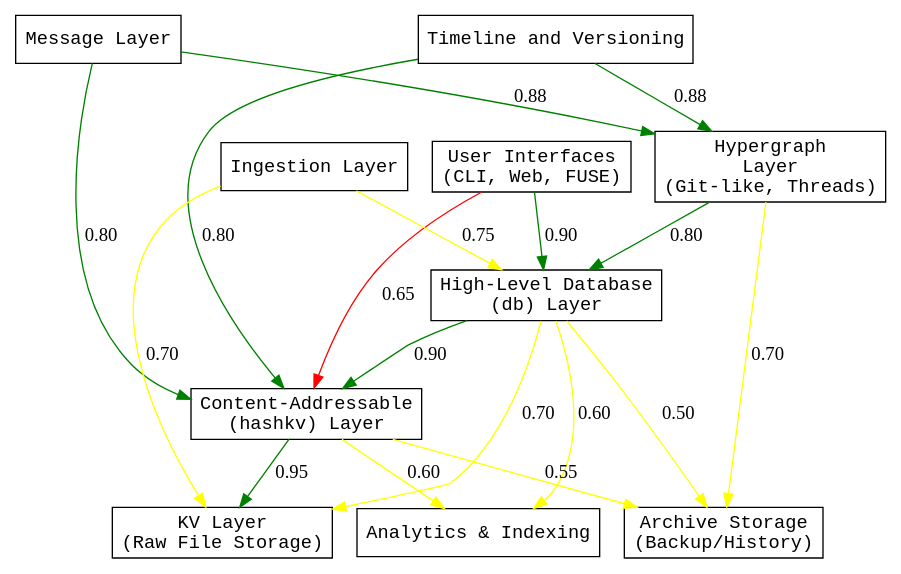
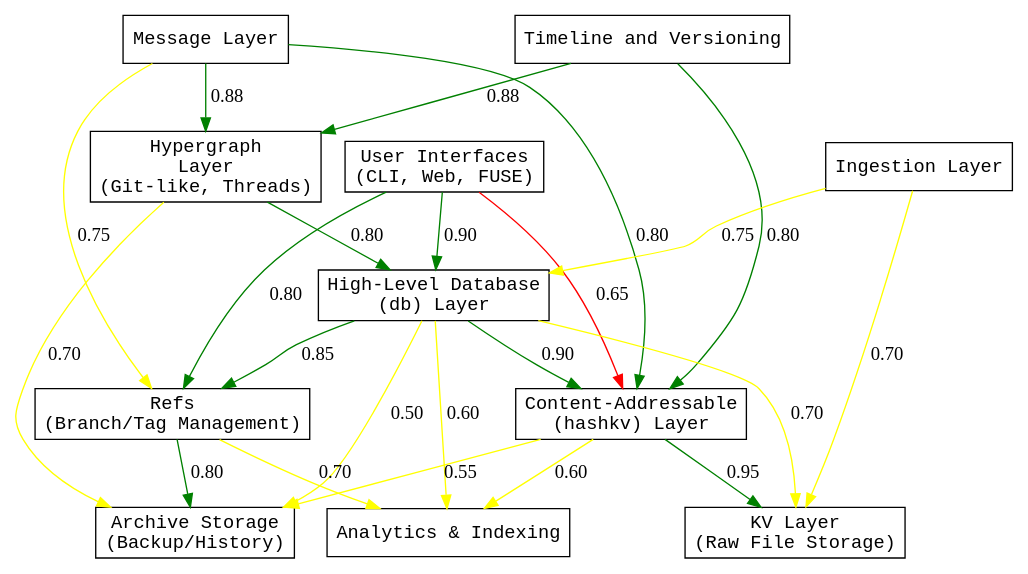
Before and after one commit to stevegt/promisebase: the diagram in x/layers.dot, drawn with Graphviz. The commit also changed 2 other files, not shown here.

Commit message:
revise layers.dot
Imagine more alternative designs for the layering of the system. The
result should look like a graph with multiple roots and multiple
leaves.  Color each edge by the estimated probability that the
combination of layers will work well together, with green for the most
promising combinations and red for the least promising combinations.

How should refs be handled in this diagram?  Should they be a separate
layer, or part of the db layer?

```diff
--- a/x/layers.dot
+++ b/x/layers.dot
@@ -1,42 +1,52 @@
 digraph Layers {
   rankdir=TB;
   node [shape=box, style=filled, fillcolor=white,
   fontname="monospace"];
 
   UI [label="User Interfaces\n(CLI, Web, FUSE)"];
   Message [label="Message Layer"];
   Timeline [label="Timeline and Versioning"];
   Ingest [label="Ingestion Layer"];
   HGraph [label="Hypergraph\nLayer\n(Git-like, Threads)"];
   DB [label="High-Level Database\n(db) Layer"];
+  Refs [label="Refs\n(Branch/Tag Management)"];
   HashKV [label="Content-Addressable\n(hashkv) Layer"];
   KV [label="KV Layer\n(Raw File Storage)"];
   Archive [label="Archive Storage\n(Backup/History)"];
   Analytics [label="Analytics & Indexing"];
 
-  // Multiple roots: UI, Message, Timeline, and
-  // Ingest have no incoming edges.
+  // Multiple roots: UI, Message, Timeline, and Ingest have
+  // no incoming edges.
   UI -> DB [label="0.90", color="green"];
   Message -> HGraph [label="0.88", color="green"];
   Timeline -> HGraph [label="0.88", color="green"];
   Ingest -> DB [label="0.75", color="yellow"];
   HGraph -> DB [label="0.80", color="green"];
 
   // Alternative connections from roots.
   UI -> HashKV [label="0.65", color="red"];
   Message -> HashKV [label="0.80", color="green"];
   Timeline -> HashKV [label="0.80", color="green"];
   Ingest -> KV [label="0.70", color="yellow"];
   HGraph -> Archive [label="0.70", color="yellow"];
 
+  // Ref layer integration.
+  DB -> Refs [label="0.85", color="green"];
+  UI -> Refs [label="0.80", color="green"];
+  Message -> Refs [label="0.75", color="yellow"];
+
   // Primary flow from DB downwards.
   DB -> HashKV [label="0.90", color="green"];
   DB -> KV [label="0.70", color="yellow"];
   DB -> Archive [label="0.50", color="yellow"];
   DB -> Analytics [label="0.60", color="yellow"];
 
+  // Flow from Refs to other layers.
+  Refs -> Archive [label="0.80", color="green"];
+  Refs -> Analytics [label="0.70", color="yellow"];
+
   // From HashKV to storage backends.
   HashKV -> KV [label="0.95", color="green"];
   HashKV -> Archive [label="0.55", color="yellow"];
   HashKV -> Analytics [label="0.60", color="yellow"];
 }
```
